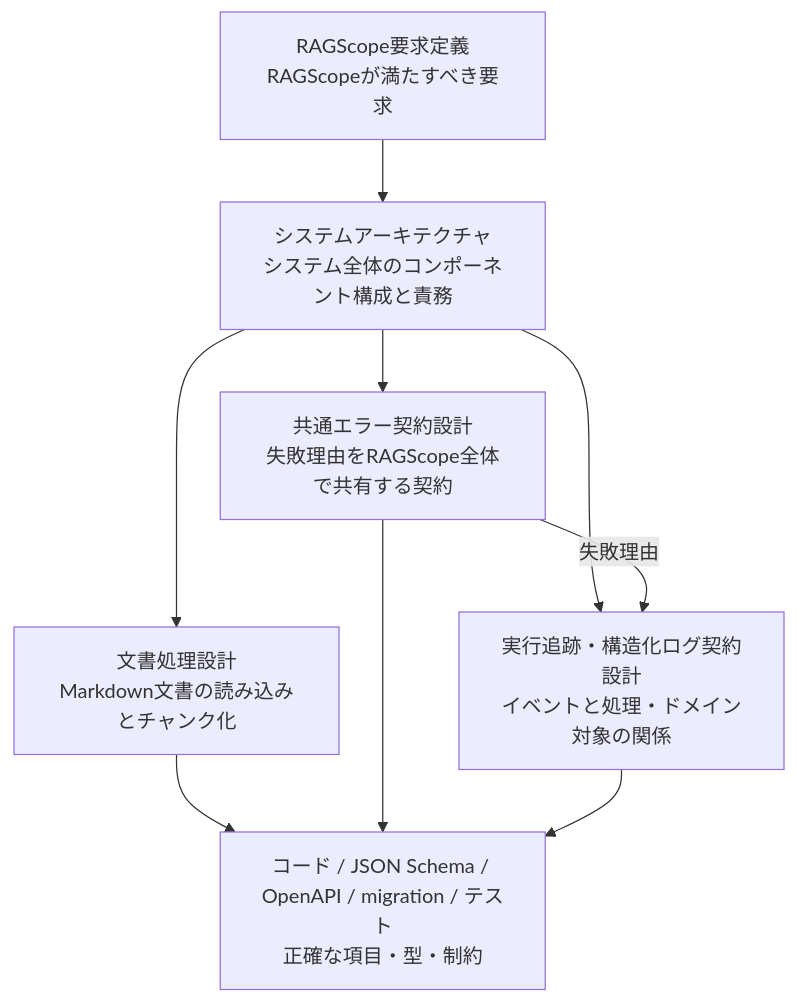
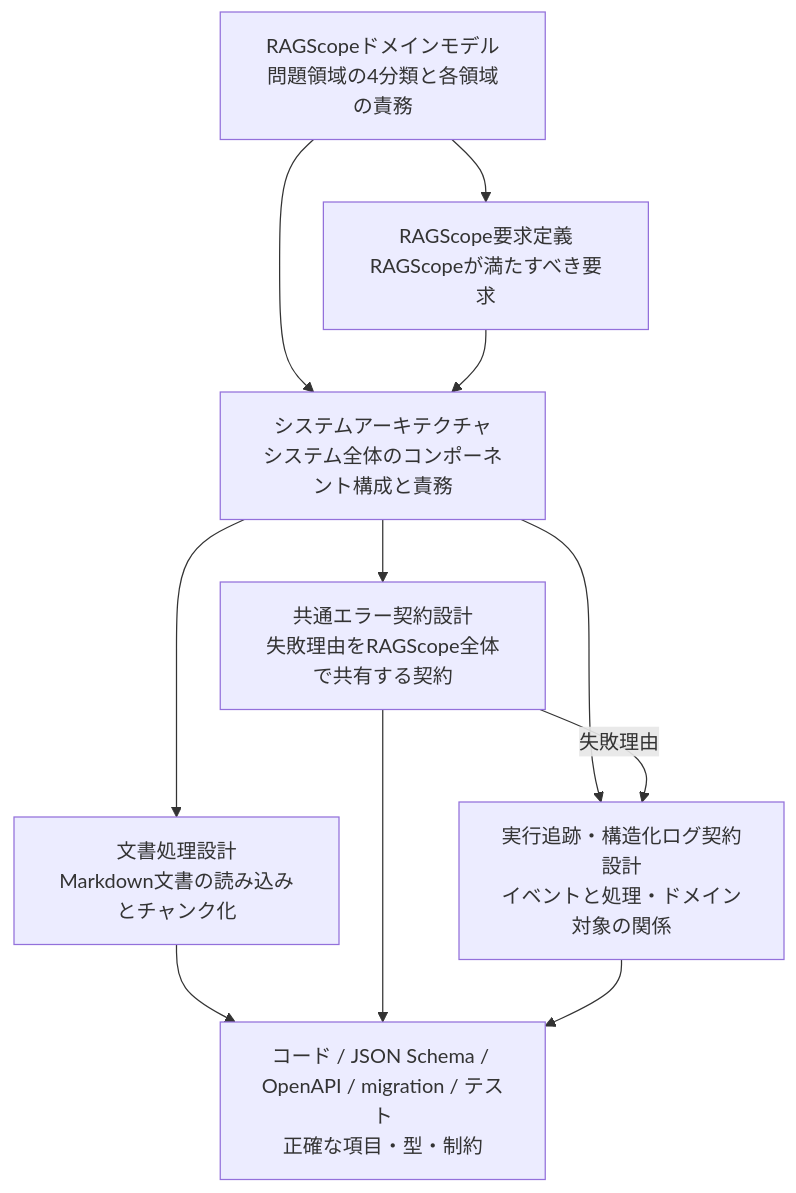
The diagram in project-docs/design/README.md (takashit16833/RAGScope), drawn with Mermaid before and after one commit. The commit also changed other lines of this file and 4 other files, not shown here.

````diff
--- a/project-docs/design/README.md
+++ b/project-docs/design/README.md
@@ -17,22 +18,25 @@
 ```mermaid
 flowchart TD
+    Domain["RAGScopeドメインモデル<br>問題領域の4分類と各領域の責務"]
     Requirements["RAGScope要求定義<br>RAGScopeが満たすべき要求"]
     Architecture["システムアーキテクチャ<br>システム全体のコンポーネント構成と責務"]
 
     Document["文書処理設計<br>Markdown文書の読み込みとチャンク化"]
     Error["共通エラー契約設計<br>失敗理由をRAGScope全体で共有する契約"]
     Logging["実行追跡・構造化ログ契約設計<br>イベントと処理・ドメイン対象の関係"]
 
     Machine["コード / JSON Schema / OpenAPI / migration / テスト<br>正確な項目・型・制約"]
 
+    Domain --> Requirements
+    Domain --> Architecture
     Requirements --> Architecture
     Architecture --> Document
     Architecture --> Error
     Architecture --> Logging
 
     Error -->|"失敗理由"| Logging
 
     Document --> Machine
     Error --> Machine
     Logging --> Machine
 ```
````
